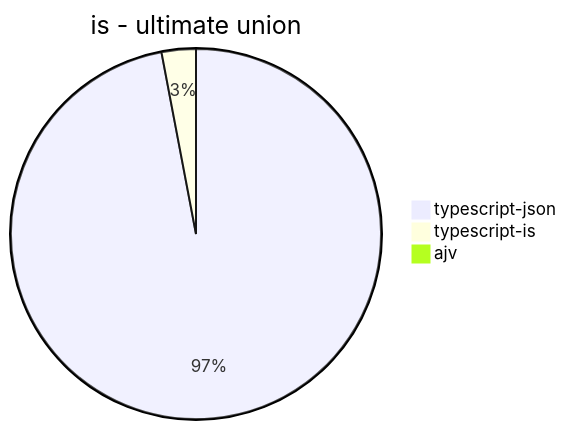
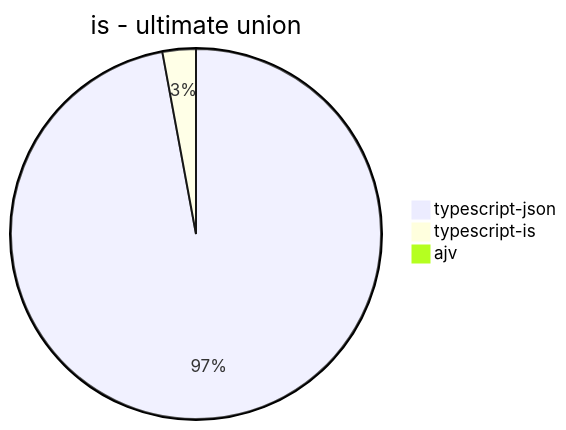
One commit to samchon/typia changed diagram 14 of 30 in benchmark/results/Apple M1.md. Above: the diagram before and after it, drawn with Mermaid. The commit also changed other lines of this file, not shown here.

````diff
--- a/benchmark/results/Apple M1.md
+++ b/benchmark/results/Apple M1.md
@@ -132,6 +133,6 @@
 ```mermaid
 pie title is - ultimate union
-  "typescript-json": 11790.645039607696
-  "typescript-is": 363.4039444850256
+  "typescript-json": 12338.655146506386
+  "typescript-is": 370.00184263865856
   "ajv": 0
 ```
````
